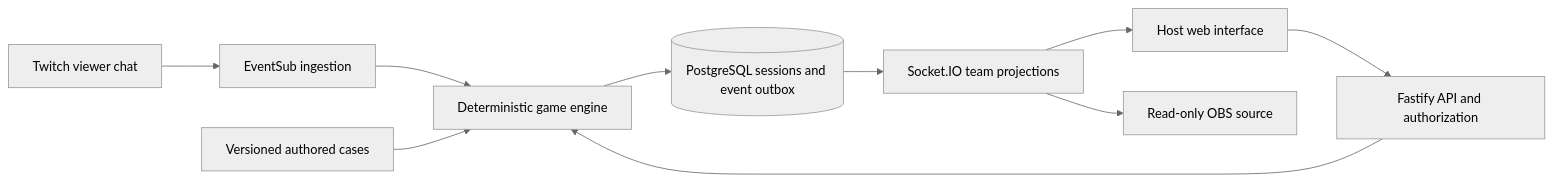
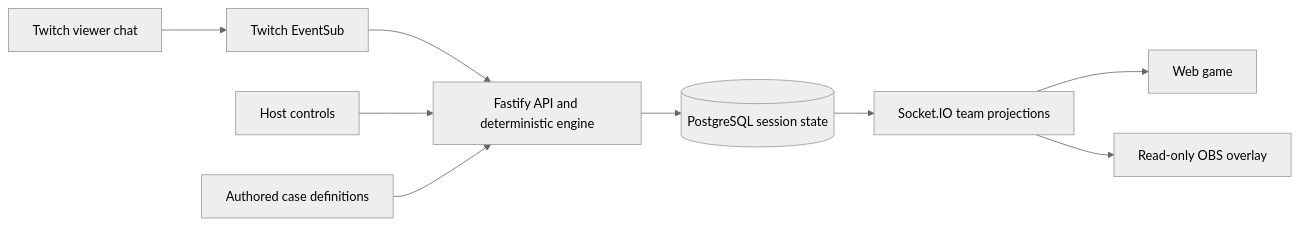
The diagram in README.md (AndroLay/cluenite), drawn with Mermaid (neutral theme) before and after one commit. The commit also changed other lines of this file and 332 other files, not shown here.

````diff
--- a/README.md
+++ b/README.md
@@ -115,12 +40,11 @@
 ```mermaid
 flowchart LR
-    V[Twitch viewer chat] --> T[EventSub ingestion]
-    H[Host web interface] --> A[Fastify API and authorization]
-    T --> E[Deterministic game engine]
-    A --> E
-    E --> P[(PostgreSQL sessions and event outbox)]
-    P --> S[Socket.IO team projections]
-    S --> H
-    S --> O[Read-only OBS source]
-    C[Versioned authored cases] --> E
+    V[Twitch viewer chat] --> E[Twitch EventSub]
+    E --> S[Fastify API and deterministic engine]
+    H[Host controls] --> S
+    C[Authored case definitions] --> S
+    S --> P[(PostgreSQL session state)]
+    P --> R[Socket.IO team projections]
+    R --> W[Web game]
+    R --> O[Read-only OBS overlay]
 ```
````
